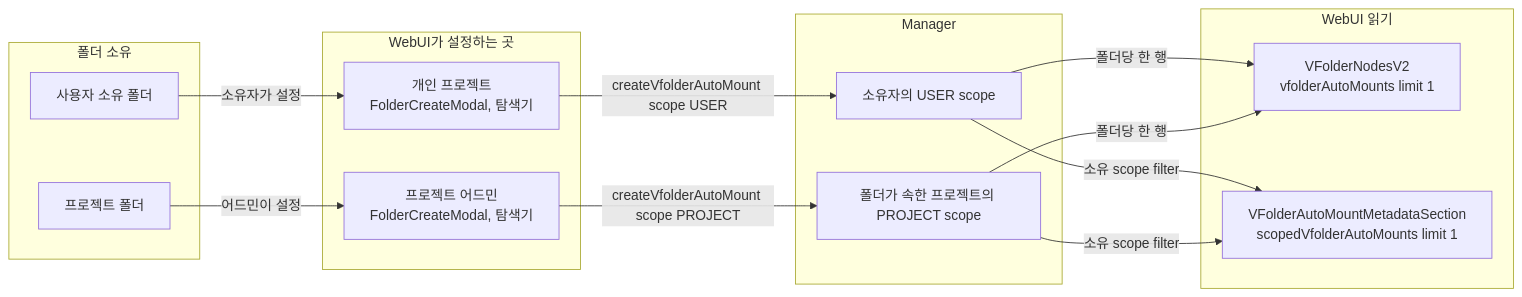
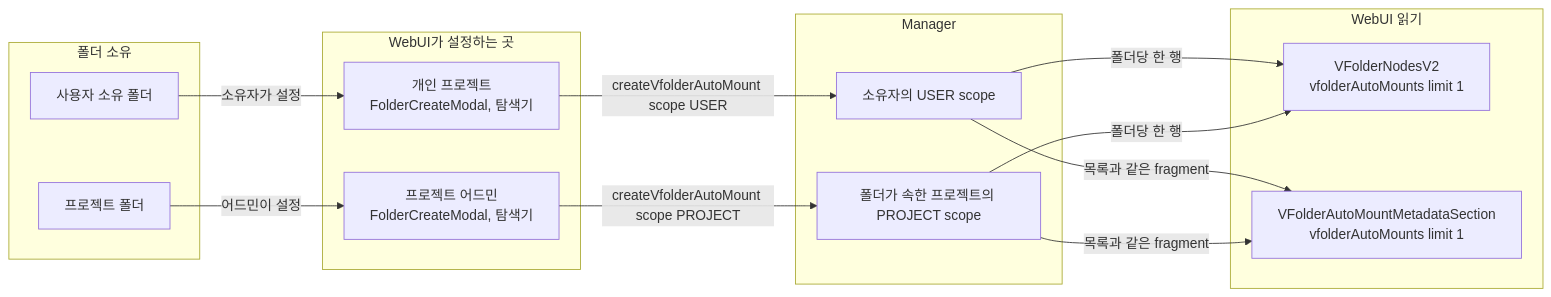
The diagram in docs/adr/0031-one-auto-mount-per-folder.ko.md (lablup/backend.ai-webui), drawn with Mermaid before and after one commit. The commit also changed other lines of this file and 17 other files, not shown here.

First line of the commit message:
refactor(#10529): let the caller decide the auto-mount scope

````diff
--- a/docs/adr/0031-one-auto-mount-per-folder.ko.md
+++ b/docs/adr/0031-one-auto-mount-per-folder.ko.md
@@ -20,27 +20,27 @@
 ```mermaid
 flowchart LR
   subgraph owner["폴더 소유"]
     userFolder["사용자 소유 폴더"]
     projectFolder["프로젝트 폴더"]
   end
   subgraph set["WebUI가 설정하는 곳"]
     personal["개인 프로젝트<br/>FolderCreateModal, 탐색기"]
     admin["프로젝트 어드민<br/>FolderCreateModal, 탐색기"]
   end
   subgraph manager["Manager"]
     userScope["소유자의 USER scope"]
     projectScope["폴더가 속한 프로젝트의 PROJECT scope"]
   end
   subgraph read["WebUI 읽기"]
     list["VFolderNodesV2<br/>vfolderAutoMounts limit 1"]
-    explorer["VFolderAutoMountMetadataSection<br/>scopedVfolderAutoMounts limit 1"]
+    explorer["VFolderAutoMountMetadataSection<br/>vfolderAutoMounts limit 1"]
   end
   userFolder -- "소유자가 설정" --> personal
   projectFolder -- "어드민이 설정" --> admin
   personal -- "createVfolderAutoMount scope USER" --> userScope
   admin -- "createVfolderAutoMount scope PROJECT" --> projectScope
   userScope -- "폴더당 한 행" --> list
   projectScope -- "폴더당 한 행" --> list
-  userScope -- "소유 scope filter" --> explorer
-  projectScope -- "소유 scope filter" --> explorer
+  userScope -- "목록과 같은 fragment" --> explorer
+  projectScope -- "목록과 같은 fragment" --> explorer
 ```
````
